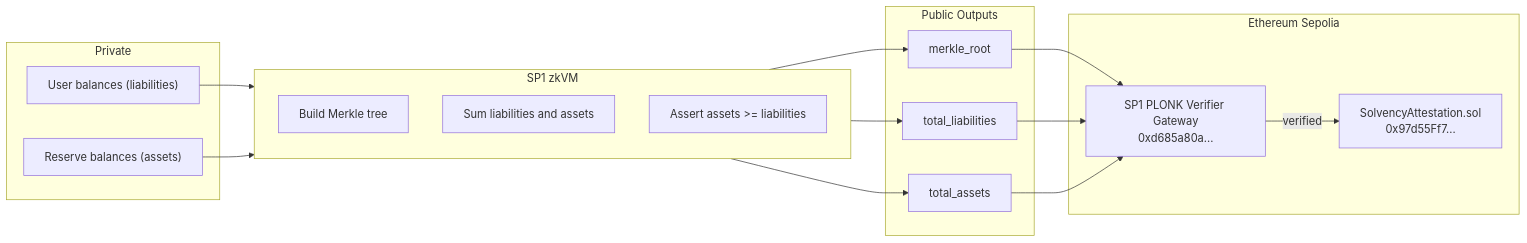
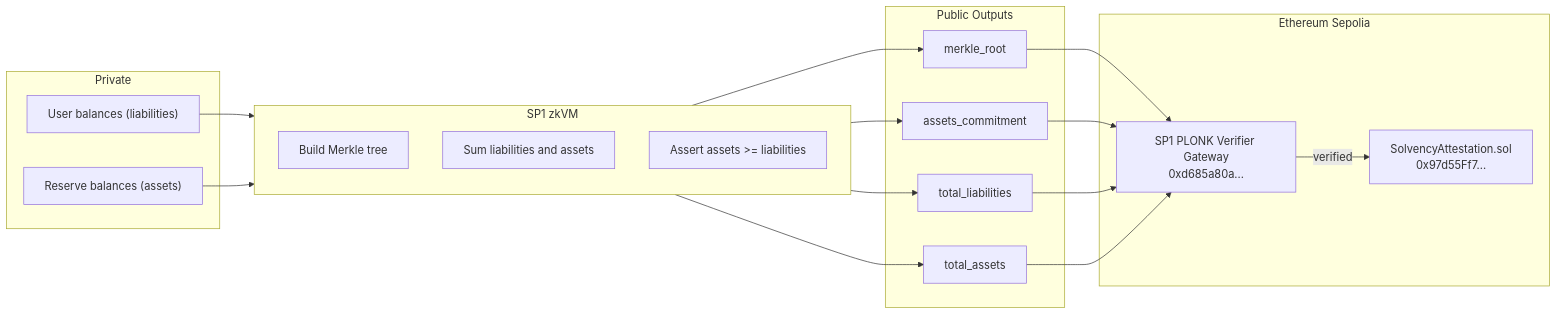
The first of 4 diagrams in docs/presentation.md (yx-xyc/zk-solvency), drawn with Mermaid before and after one commit. The commit also changed other lines of this file, not shown here.

Commit message:
Fix presentation.md: add assetsCommitment to public outputs in both diagrams

````diff
--- a/docs/presentation.md
+++ b/docs/presentation.md
@@ -27,30 +27,31 @@
 ```mermaid
 flowchart LR
     subgraph Private[Private]
         U["User balances (liabilities)"]
         R["Reserve balances (assets)"]
     end
 
     subgraph ZK[SP1 zkVM]
         M["Build Merkle tree"]
         S["Sum liabilities and assets"]
         A["Assert assets >= liabilities"]
     end
 
     subgraph Public[Public Outputs]
         O1["merkle_root"]
-        O2["total_liabilities"]
-        O3["total_assets"]
+        O2["assets_commitment"]
+        O3["total_liabilities"]
+        O4["total_assets"]
     end
 
     subgraph Chain[Ethereum Sepolia]
         V["SP1 PLONK Verifier Gateway\n0xd685a80a..."]
         C["SolvencyAttestation.sol\n0x97d55Ff7..."]
     end
 
     U --> ZK
     R --> ZK
-    ZK --> O1 & O2 & O3
-    O1 & O2 & O3 --> V
+    ZK --> O1 & O2 & O3 & O4
+    O1 & O2 & O3 & O4 --> V
     V -->|verified| C
 ```
````
